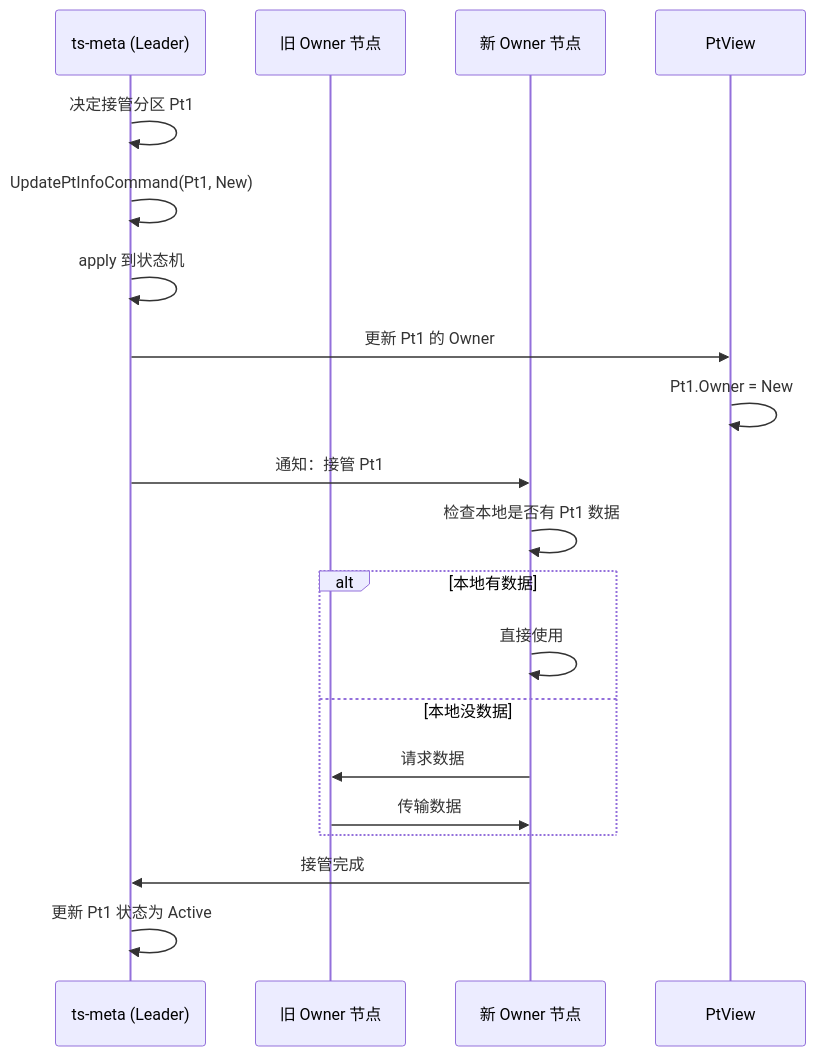
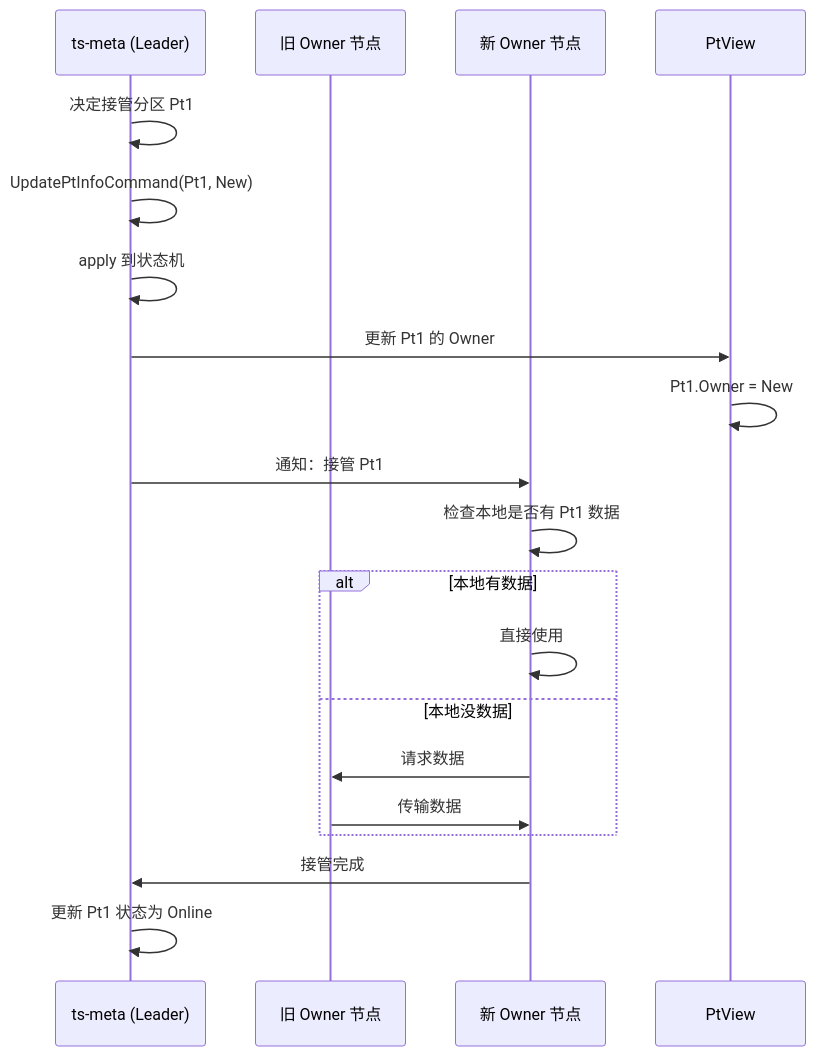
Diagram 12 of 17 in docs/specs/07_state_machine_spec.md (stefanv5/openGemini), drawn with Mermaid before and after one commit. The commit also changed other lines of this file and 37 other files, not shown here.

````diff
--- a/docs/specs/07_state_machine_spec.md
+++ b/docs/specs/07_state_machine_spec.md
@@ -1821,27 +1873,27 @@
 ```mermaid
 sequenceDiagram
     participant Meta as ts-meta (Leader)
     participant Old as 旧 Owner 节点
     participant New as 新 Owner 节点
     participant PtView as PtView
 
     Meta->>Meta: 决定接管分区 Pt1
     Meta->>Meta: UpdatePtInfoCommand(Pt1, New)
     Meta->>Meta: apply 到状态机
 
     Meta->>PtView: 更新 Pt1 的 Owner
     PtView->>PtView: Pt1.Owner = New
 
     Meta->>New: 通知：接管 Pt1
     New->>New: 检查本地是否有 Pt1 数据
 
     alt 本地有数据
         New->>New: 直接使用
     else 本地没数据
         New->>Old: 请求数据
         Old->>New: 传输数据
     end
 
     New->>Meta: 接管完成
-    Meta->>Meta: 更新 Pt1 状态为 Active
+    Meta->>Meta: 更新 Pt1 状态为 Online
 ```
````
